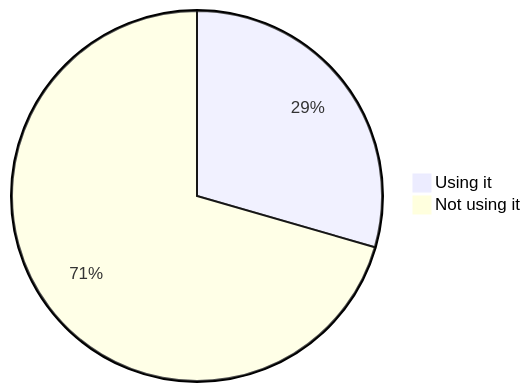
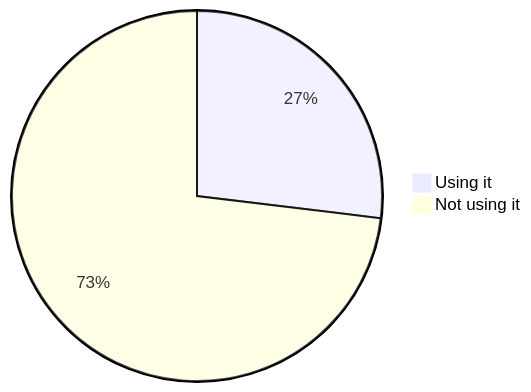
Before and after one commit to oshp/oshp-stats: the second of 18 diagrams in stats.md, drawn with Mermaid. The commit also changed other lines of this file and 1 other file, not shown here.

````diff
--- a/stats.md
+++ b/stats.md
@@ -20,6 +20,6 @@
 ```mermaid
 pie
-	"Using it" : 29.46
-	"Not using it" : 70.54
+	"Using it" : 26.92
+	"Not using it" : 73.08
 
 ```
````
